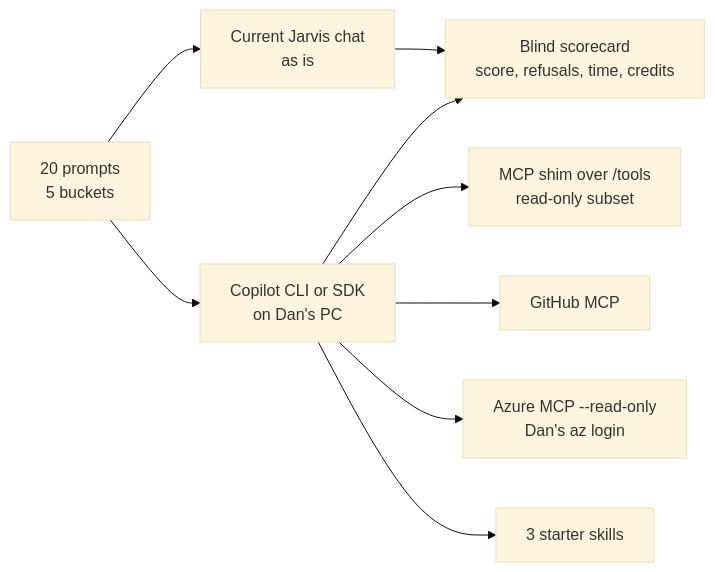
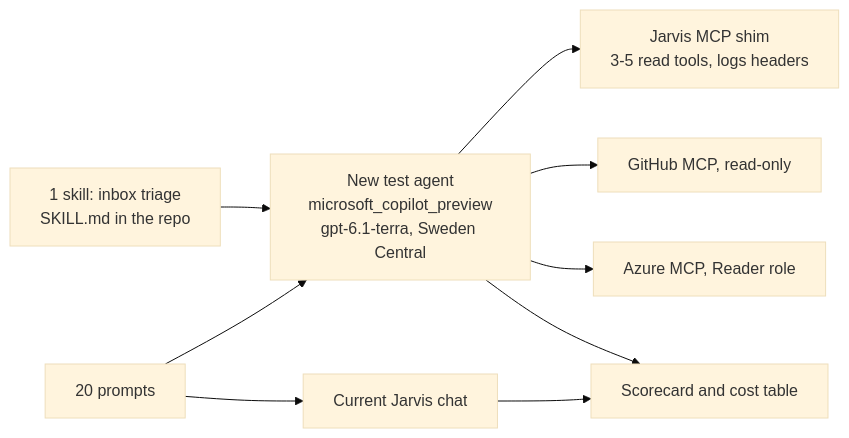
The second of 2 diagrams in docs/harness-trial/04-recommendation.md (DanAakesen/jarvis), drawn with Mermaid (base theme) before and after one commit. The commit also changed other lines of this file and 6 other files, not shown here.

````diff
--- a/docs/harness-trial/04-recommendation.md
+++ b/docs/harness-trial/04-recommendation.md
@@ -47,11 +41,11 @@
 ```mermaid
 flowchart LR
-    P["20 prompts<br/>5 buckets"] --> J["Current Jarvis chat<br/>as is"]
-    P --> C["Copilot CLI or SDK<br/>on Dan's PC"]
-    C --> M1["MCP shim over /tools<br/>read-only subset"]
-    C --> M2["GitHub MCP"]
-    C --> M3["Azure MCP --read-only<br/>Dan's az login"]
-    C --> SK["3 starter skills"]
-    J --> Sc["Blind scorecard<br/>score, refusals, time, credits"]
-    C --> Sc
+    SK["1 skill: inbox triage<br/>SKILL.md in the repo"] --> TA
+    TA["New test agent<br/>microsoft_copilot_preview<br/>gpt-6.1-terra, Sweden Central"] --> M1["Jarvis MCP shim<br/>3-5 read tools, logs headers"]
+    TA --> M2["GitHub MCP, read-only"]
+    TA --> M3["Azure MCP, Reader role"]
+    P["20 prompts"] --> TA
+    P --> CUR["Current Jarvis chat"]
+    TA --> SC["Scorecard and cost table"]
+    CUR --> SC
 ```
````
